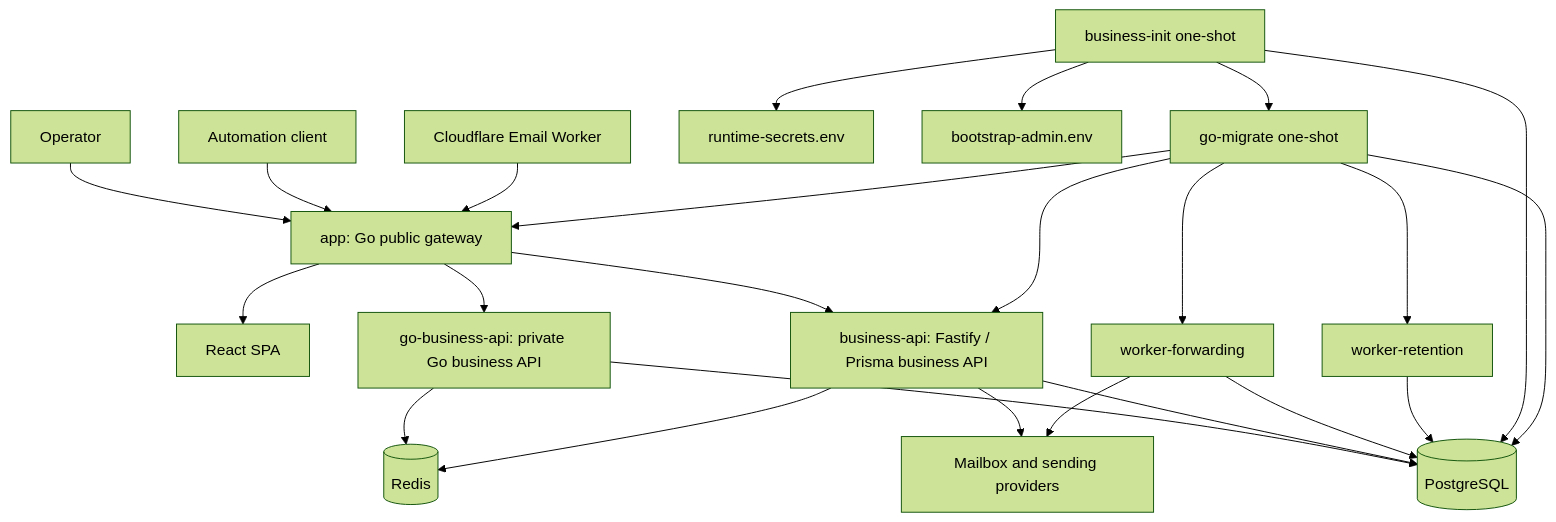
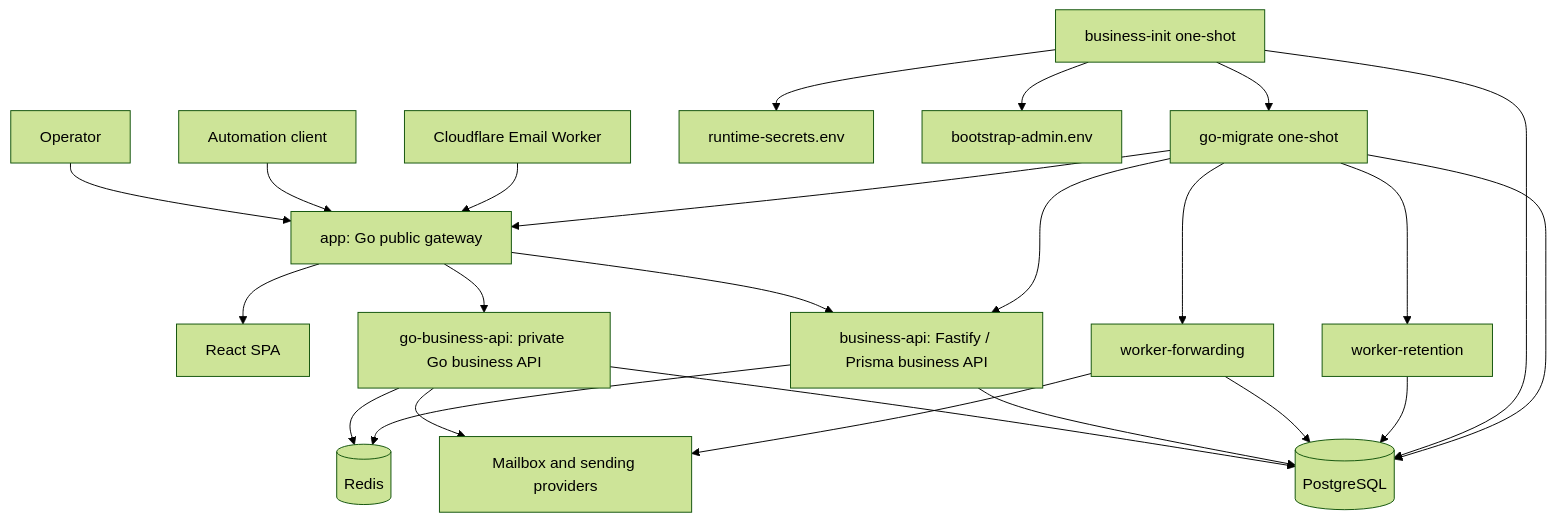
The diagram in README.md (feng123-new/all-Mail), drawn with Mermaid (forest theme) before and after one commit. The commit also changed other lines of this file and 62 other files, not shown here.

````diff
--- a/README.md
+++ b/README.md
@@ -39,30 +39,30 @@
 ```mermaid
 flowchart TD
     Operator[Operator] --> GoAPI[app: Go public gateway]
     Automation[Automation client] --> GoAPI
     Edge[Cloudflare Email Worker] --> GoAPI
 
     GoAPI --> SPA[React SPA]
     GoAPI --> GoBusiness[go-business-api: private Go business API]
     GoAPI --> Legacy[business-api: Fastify / Prisma business API]
 
     GoBusiness --> Postgres[(PostgreSQL)]
     GoBusiness --> Redis[(Redis)]
+    GoBusiness --> Providers[Mailbox and sending providers]
     Legacy --> Postgres[(PostgreSQL)]
     Legacy --> Redis[(Redis)]
-    Legacy --> Providers[Mailbox and sending providers]
 
     Forwarding[worker-forwarding] --> Postgres
     Forwarding --> Providers
     Retention[worker-retention] --> Postgres
 
     LegacyInit[business-init one-shot] --> RuntimeSecrets[runtime-secrets.env]
     LegacyInit --> AdminSecret[bootstrap-admin.env]
     LegacyInit --> Postgres
     GoMigrate[go-migrate one-shot] --> Postgres
     LegacyInit --> GoMigrate
     GoMigrate --> Legacy
     GoMigrate --> GoAPI
     GoMigrate --> Forwarding
     GoMigrate --> Retention
 ```
````
